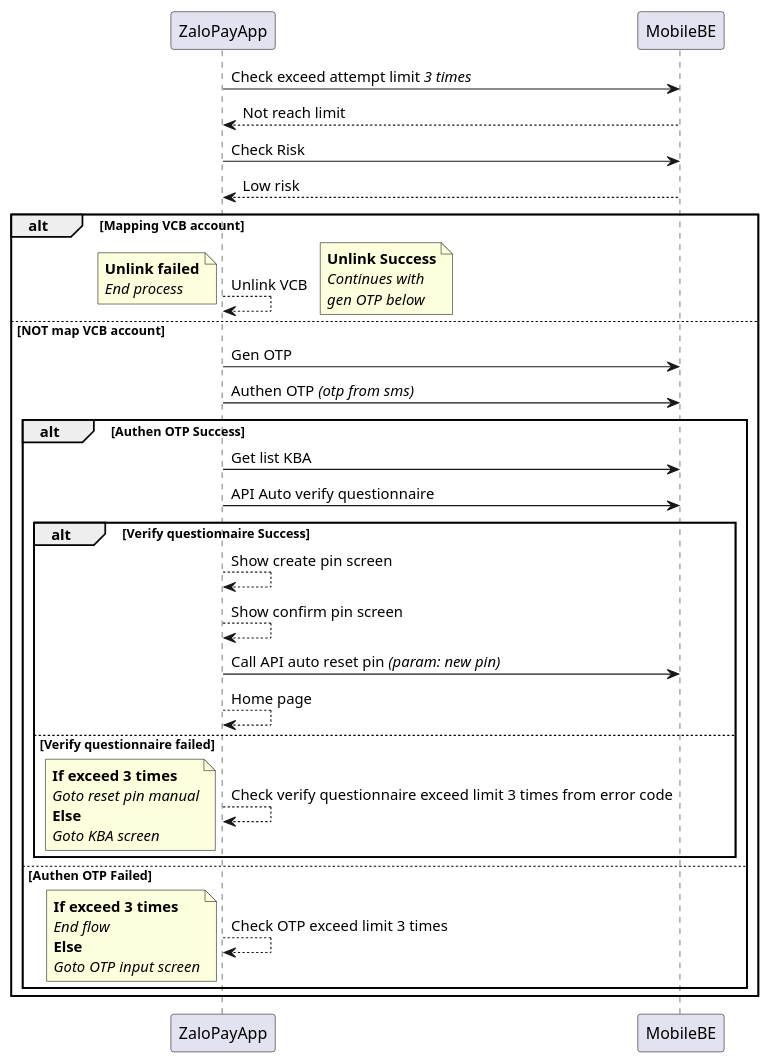
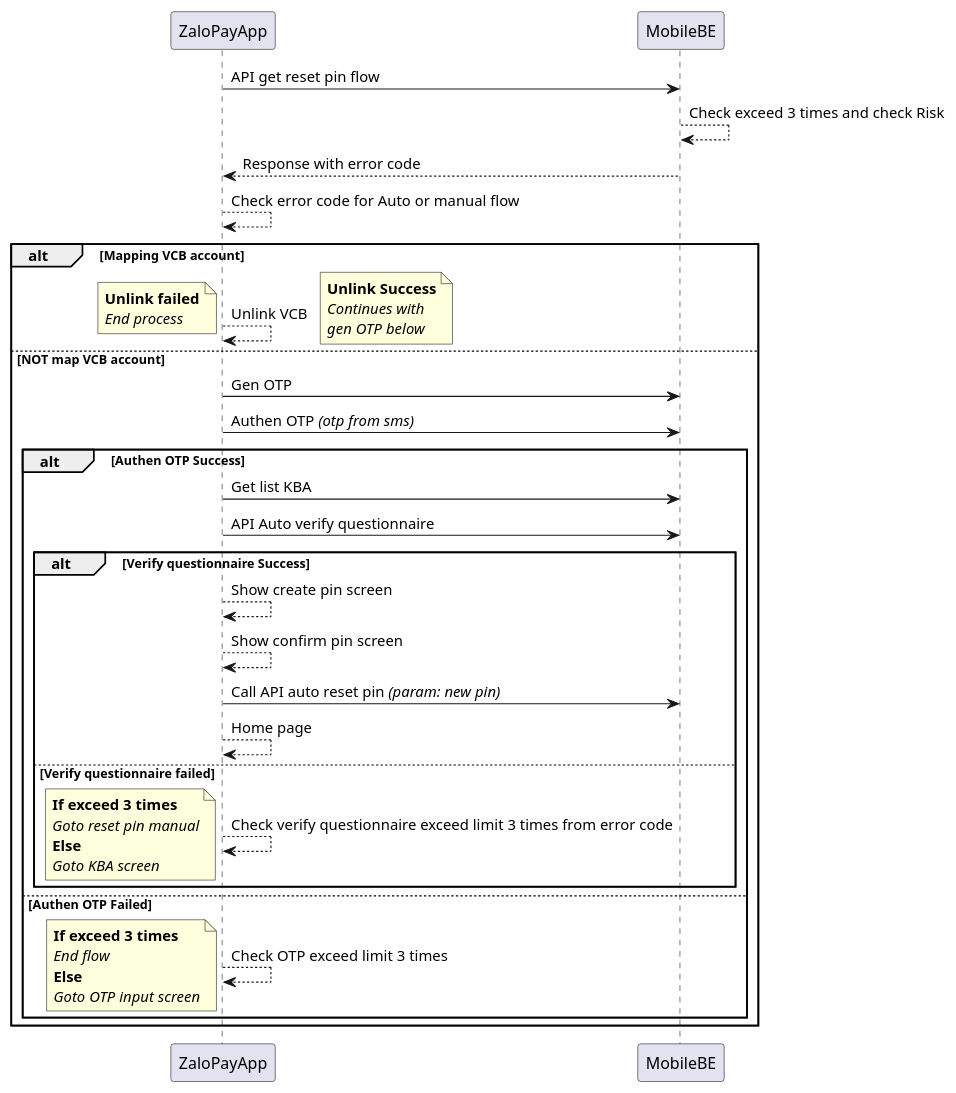
Before and after one commit to nhatlee/MyDiagram: the diagram in AutoResetPin.puml, drawn with PlantUML.

Commit message:
Updated diagram

```diff
--- a/AutoResetPin.puml
+++ b/AutoResetPin.puml
@@ -1,64 +1,65 @@
 @startuml
-ZaloPayApp -> MobileBE: Check exceed attempt limit //3 times//
-' - Auto Flow
+ZaloPayApp -> MobileBE: API get reset pin flow
 
-MobileBE --> ZaloPayApp: Not reach limit
-ZaloPayApp -> MobileBE: Check Risk
-MobileBE --> ZaloPayApp: Low risk
+MobileBE --> MobileBE: Check exceed 3 times and check Risk
+
+MobileBE --> ZaloPayApp: Response with error code
+
+ZaloPayApp --> ZaloPayApp: Check error code for Auto or manual flow
 ' - Link VCB
 alt Mapping VCB account
 
 ZaloPayApp --> ZaloPayApp: Unlink VCB
 note left
 **Unlink failed**
 //End process//
 end note
 
 note right
 **Unlink Success**
 //Continues with// 
 //gen OTP below//
 end note
 
 else NOT map VCB account
 ZaloPayApp -> MobileBE: Gen OTP
 ZaloPayApp -> MobileBE: Authen OTP //(otp from sms)//
 alt Authen OTP Success
 ZaloPayApp -> MobileBE: Get list KBA
 
 ZaloPayApp -> MobileBE: API Auto verify questionnaire
 
 alt Verify questionnaire Success
 
 ZaloPayApp --> ZaloPayApp: Show create pin screen
 
 ZaloPayApp --> ZaloPayApp: Show confirm pin screen
 
 ZaloPayApp -> MobileBE: Call API auto reset pin //(param: new pin)//
 ZaloPayApp --> ZaloPayApp: Home page
 
 else Verify questionnaire failed
 ZaloPayApp --> ZaloPayApp: Check verify questionnaire exceed limit 3 times from error code
 note left
 **If exceed 3 times**
 //Goto reset pin manual//
 **Else**
 //Goto KBA screen//
 end note
 
 end
 
 else Authen OTP Failed
 ZaloPayApp --> ZaloPayApp: Check OTP exceed limit 3 times
 note left
 **If exceed 3 times**
 //End flow//
 **Else**
 //Goto OTP input screen//
 end note
 end
 
 ' else Manual flow
 ' MobileBE -> ZaloPayApp: Riched exceed limit //3 times//
 end
 @enduml
```
